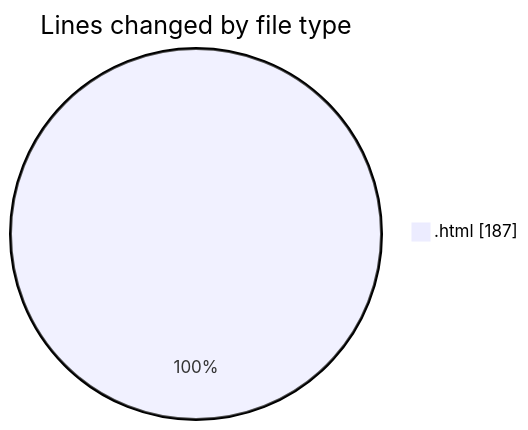
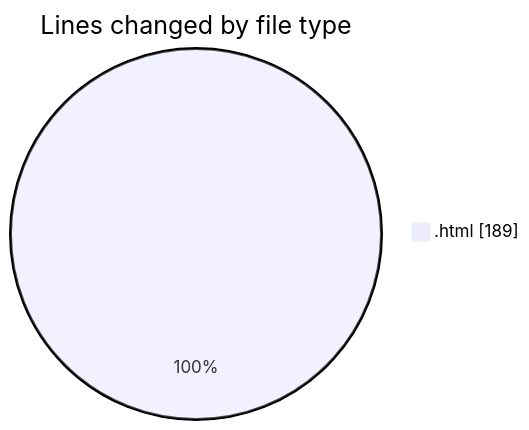
One commit to LanceThiago/code-tracking changed the first of 2 diagrams in 2025-01-07/nueva_carpeta/README.md. Above: the diagram before and after it, drawn with Mermaid. The commit also changed other lines of this file and 1 other file, not shown here.

````diff
--- a/2025-01-07/nueva_carpeta/README.md
+++ b/2025-01-07/nueva_carpeta/README.md
@@ -20,5 +20,5 @@
 ```mermaid
 pie showData
 title Lines changed by file type
-".html" : 187
+".html" : 189
 ```
````
